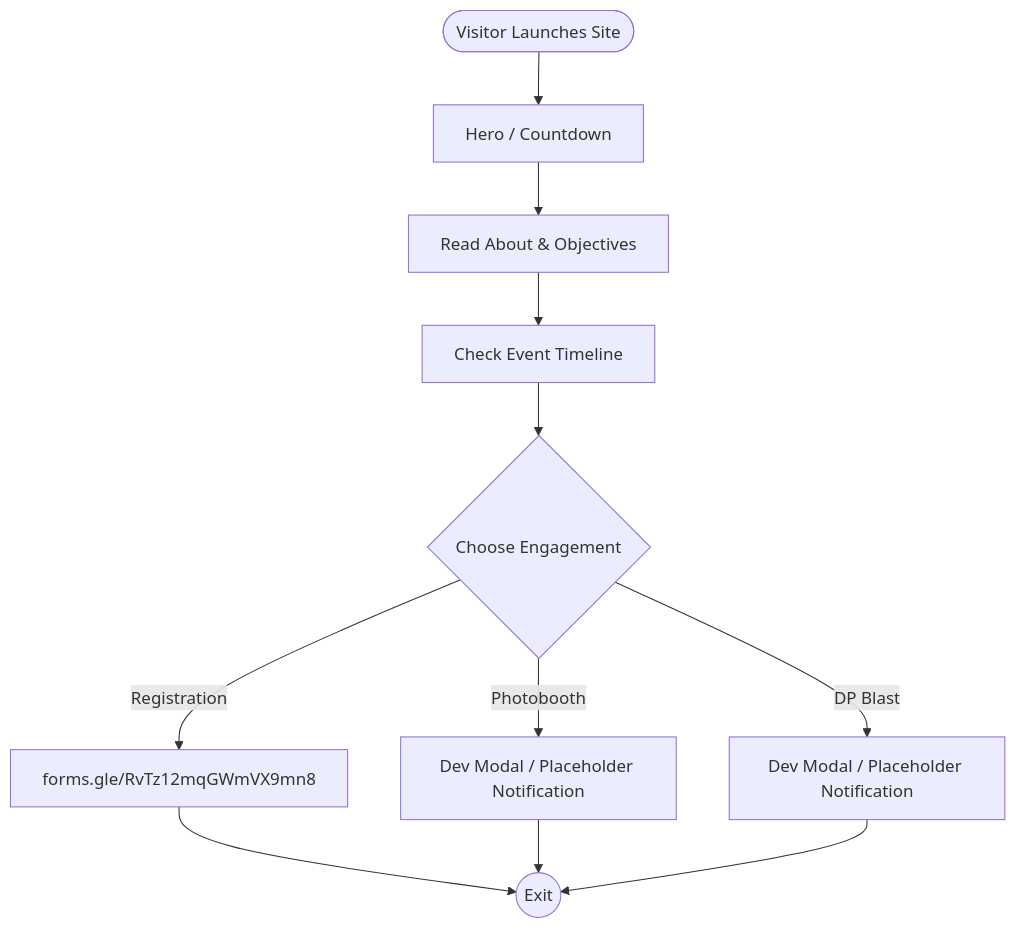
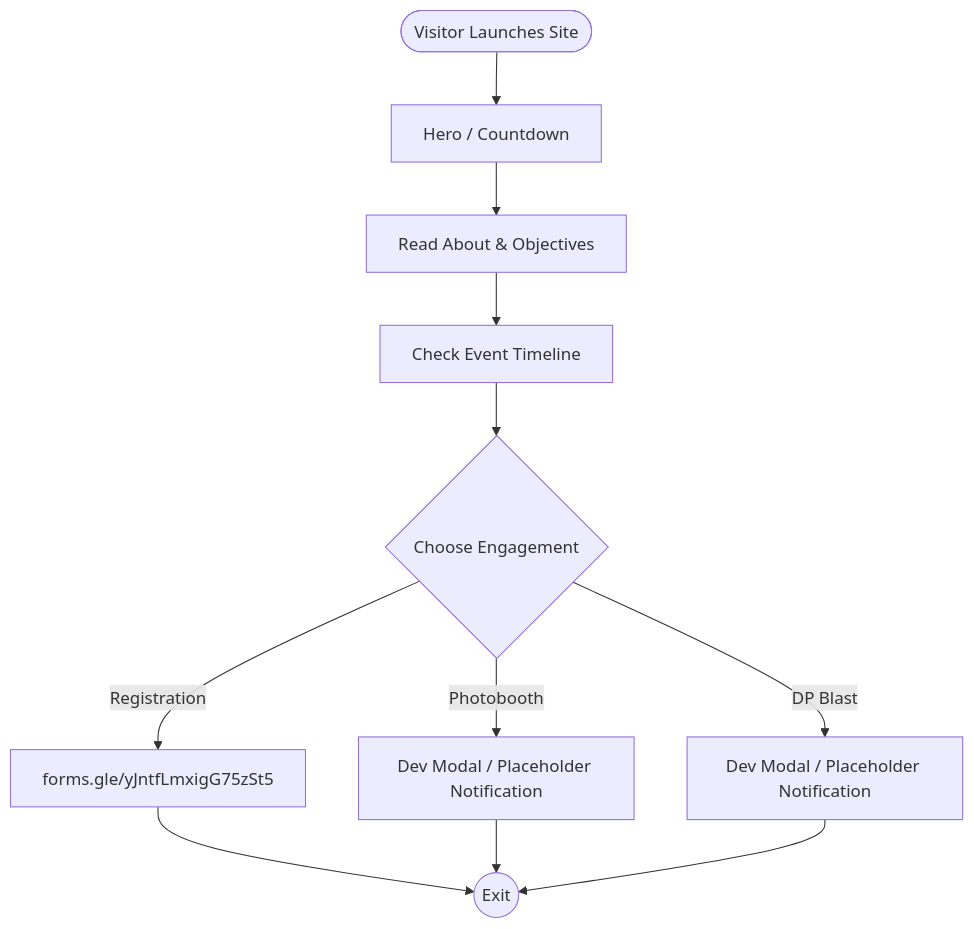
Before and after one commit to GDG-PUP-Manila/sparkfest-2026: the diagram in docs/prd-sparkfest.md, drawn with Mermaid. The commit also changed other lines of this file and 15 other files, not shown here.

````diff
--- a/docs/prd-sparkfest.md
+++ b/docs/prd-sparkfest.md
@@ -78,13 +78,13 @@
 ```mermaid
 flowchart TD
     User([Visitor Launches Site]) --> Hero[Hero / Countdown]
     Hero --> About[Read About & Objectives]
     About --> Timeline[Check Event Timeline]
     Timeline --> CTAs{Choose Engagement}
-    CTAs -->|Registration| GoogleForm[forms.gle/RvTz12mqGWmVX9mn8]
+    CTAs -->|Registration| GoogleForm[forms.gle/yJntfLmxigG75zSt5]
     CTAs -->|Photobooth| PhotoPrompt[Dev Modal / Placeholder Notification]
     CTAs -->|DP Blast| DpPrompt[Dev Modal / Placeholder Notification]
     GoogleForm --> Exit((Exit))
     PhotoPrompt --> Exit
     DpPrompt --> Exit
 ```
````
